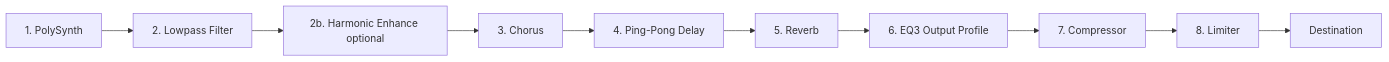
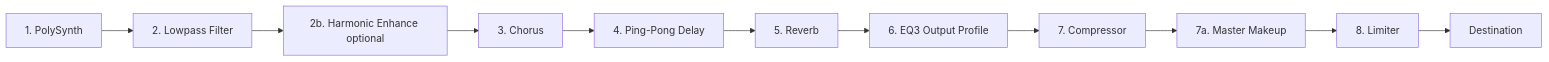
The second of 2 diagrams in web/README.md (trevritchie/Movemental), drawn with Mermaid before and after one commit. The commit also changed other lines of this file and 6 other files, not shown here.

````diff
--- a/web/README.md
+++ b/web/README.md
@@ -207,12 +207,13 @@
 ```mermaid
 graph LR
     Synth[1. PolySynth] --> Filter[2. Lowpass Filter]
     Filter --> Harmonic[2b. Harmonic Enhance optional]
     Harmonic --> Chorus[3. Chorus]
     Chorus --> Delay[4. Ping-Pong Delay]
     Delay --> Reverb[5. Reverb]
     Reverb --> EQ3[6. EQ3 Output Profile]
     EQ3 --> Compressor[7. Compressor]
-    Compressor --> Limiter[8. Limiter]
+    Compressor --> Makeup[7a. Master Makeup]
+    Makeup --> Limiter[8. Limiter]
     Limiter --> Output[Destination]
 ```
````
